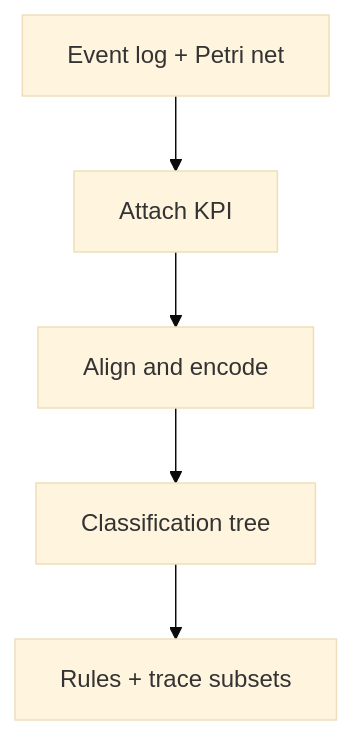
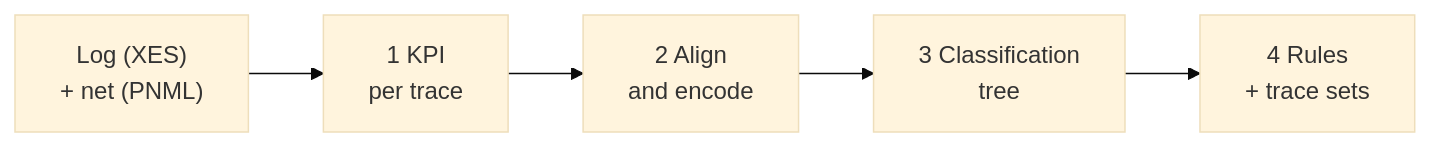
One commit to Rickderijk2002/Process-Mining-2026 changed the diagram in docs/Report/Report-process-Mining.qmd. Above: the diagram before and after it, drawn with Mermaid (base theme). The commit also changed other lines of this file and 3 other files, not shown here.

````diff
--- a/docs/Report/Report-process-Mining.qmd
+++ b/docs/Report/Report-process-Mining.qmd
@@ -48,9 +50,10 @@
 ```{mermaid}
-%%| fig-width: 4.5
-%%| fig-cap: "Overview of the deviation-analysis pipeline."
-flowchart TB
-  A[Event log + Petri net] --> B[Attach KPI]
-  B --> C[Align and encode]
-  C --> D[Classification tree]
-  D --> E[Rules + trace subsets]
+%%| label: fig-pipeline
+%%| fig-width: 6.5
+%%| fig-cap: "The artefact turns a log and a model into rules in four steps."
+flowchart LR
+  A["Log (XES)<br/>+ net (PNML)"] --> B["1 KPI<br/>per trace"]
+  B --> C["2 Align<br/>and encode"]
+  C --> D["3 Classification<br/>tree"]
+  D --> E["4 Rules<br/>+ trace sets"]
 ```
````
